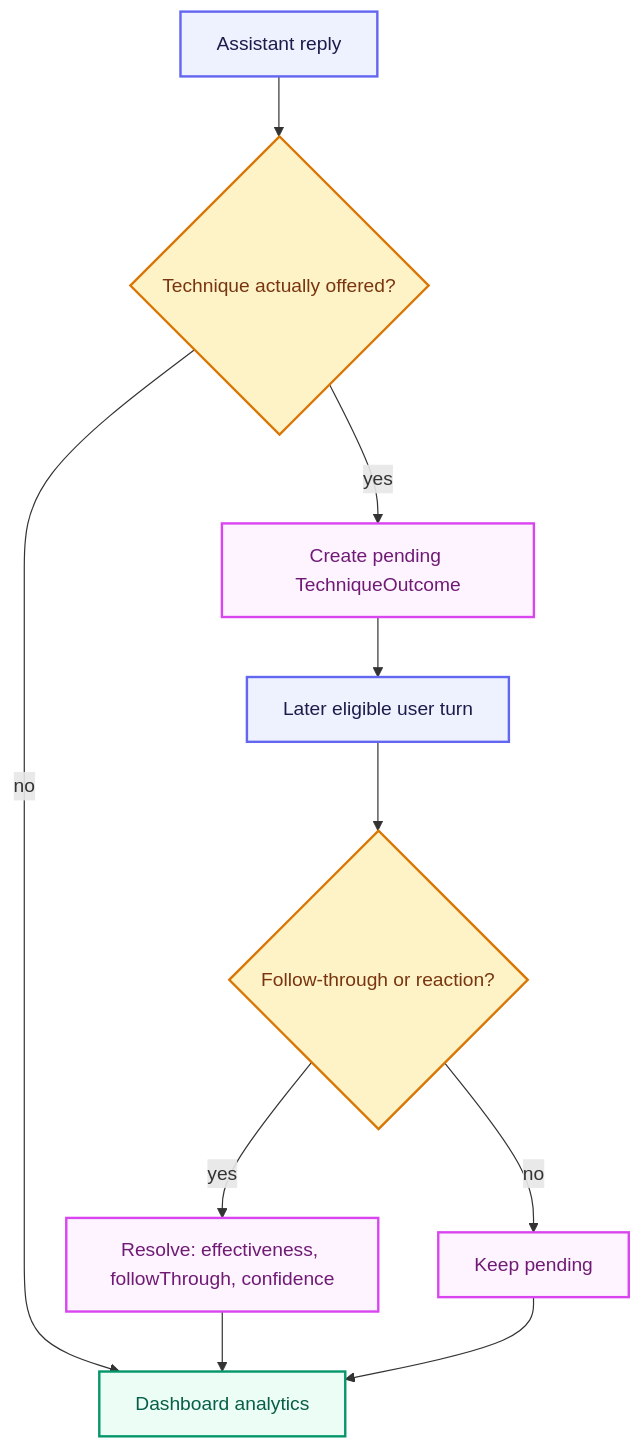
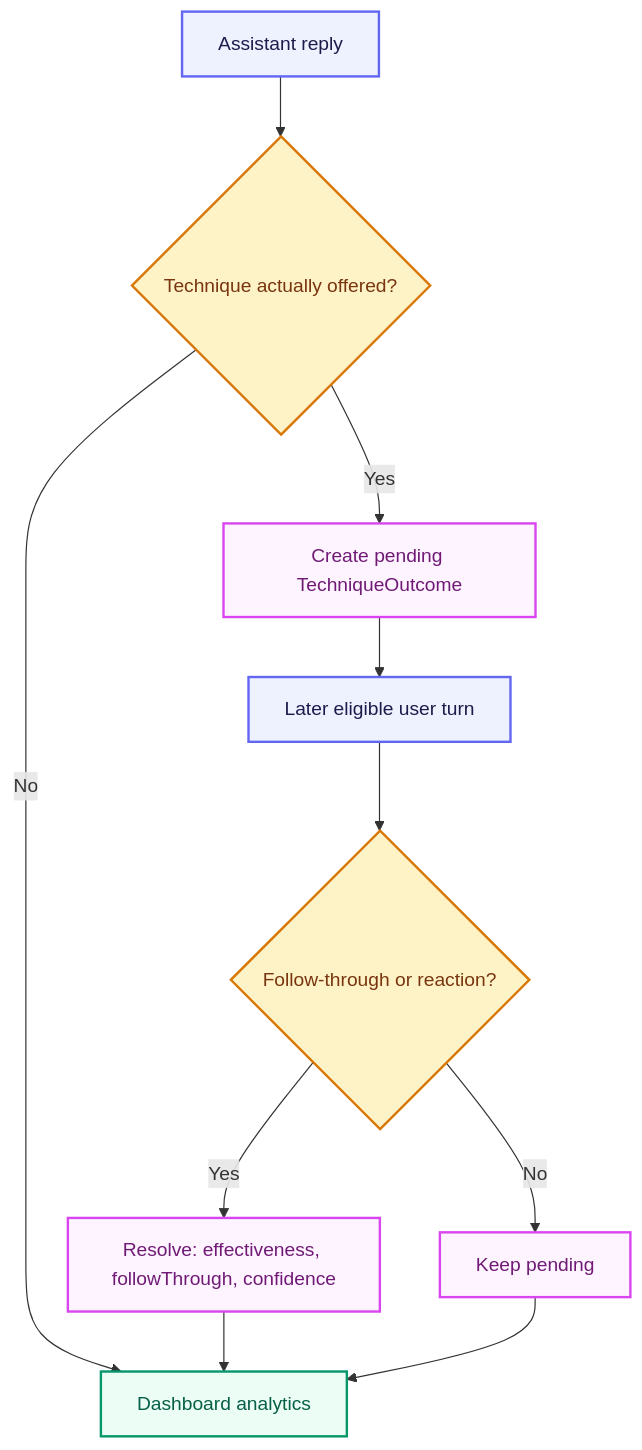
The tenth of 18 diagrams in README.md (taha-mehmood-03/Personlaized-Trainer-Using-Agentic-AI), drawn with Mermaid before and after one commit. The commit also changed other lines of this file, not shown here.

````diff
--- a/README.md
+++ b/README.md
@@ -786,22 +579,22 @@
 ```mermaid
 flowchart TD
-    classDef input fill:#EEF2FF,stroke:#6366F1,stroke-width:2px,color:#1E1B4B;
-    classDef decision fill:#FEF3C7,stroke:#D97706,stroke-width:2px,color:#78350F;
-    classDef node fill:#FDF4FF,stroke:#D946EF,stroke-width:2px,color:#701A75;
-    classDef output fill:#ECFDF5,stroke:#059669,stroke-width:2px,color:#065F46;
+    classDef input fill:#EEF2FF,stroke:#6366F1,stroke-width:2px,color:#1E1B4B
+    classDef decision fill:#FEF3C7,stroke:#D97706,stroke-width:2px,color:#78350F
+    classDef node fill:#FDF4FF,stroke:#D946EF,stroke-width:2px,color:#701A75
+    classDef output fill:#ECFDF5,stroke:#059669,stroke-width:2px,color:#065F46
 
     AssistantReply["Assistant reply"]:::input
     TechniqueOffered{"Technique actually offered?"}:::decision
     Pending["Create pending TechniqueOutcome"]:::node
     LaterTurn["Later eligible user turn"]:::input
     Evidence{"Follow-through or reaction?"}:::decision
     Resolve["Resolve: effectiveness, followThrough, confidence"]:::node
     KeepPending["Keep pending"]:::node
     Analytics["Dashboard analytics"]:::output
 
     AssistantReply --> TechniqueOffered
-    TechniqueOffered -- yes --> Pending --> LaterTurn --> Evidence
-    TechniqueOffered -- no --> Analytics
-    Evidence -- yes --> Resolve --> Analytics
-    Evidence -- no --> KeepPending --> Analytics
+    TechniqueOffered -- Yes --> Pending --> LaterTurn --> Evidence
+    TechniqueOffered -- No --> Analytics
+    Evidence -- Yes --> Resolve --> Analytics
+    Evidence -- No --> KeepPending --> Analytics
 ```
````
